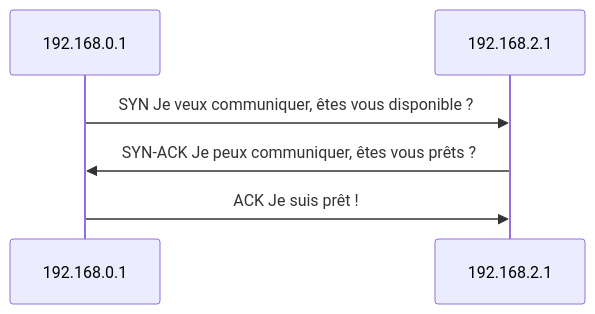
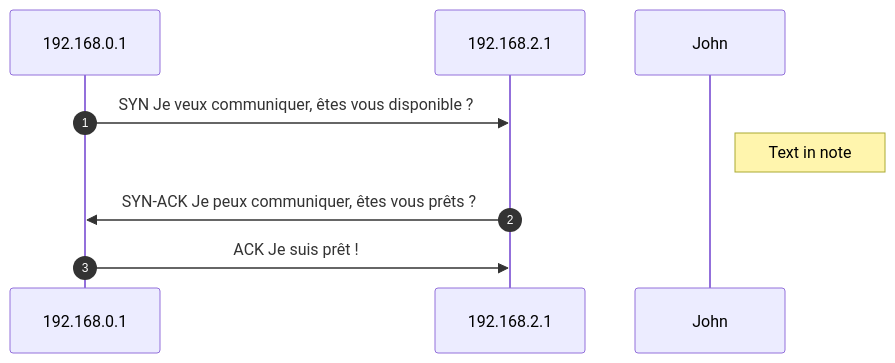
One commit to boddaert/nsi changed the diagram in première/Principe_des_réseaux/Principe_des_réseaux.md. Above: the diagram before and after it, drawn with Mermaid.

````diff
--- a/première/Principe_des_réseaux/Principe_des_réseaux.md
+++ b/première/Principe_des_réseaux/Principe_des_réseaux.md
@@ -285,6 +285,8 @@
 ```mermaid
 sequenceDiagram
+    autonumber
     192.168.0.1->>192.168.2.1: SYN Je veux communiquer, êtes vous disponible ?
+    Note right of John: Text in note
     192.168.2.1->>192.168.0.1: SYN-ACK Je peux communiquer, êtes vous prêts ?
     192.168.0.1->>192.168.2.1: ACK Je suis prêt !
 ```
````
